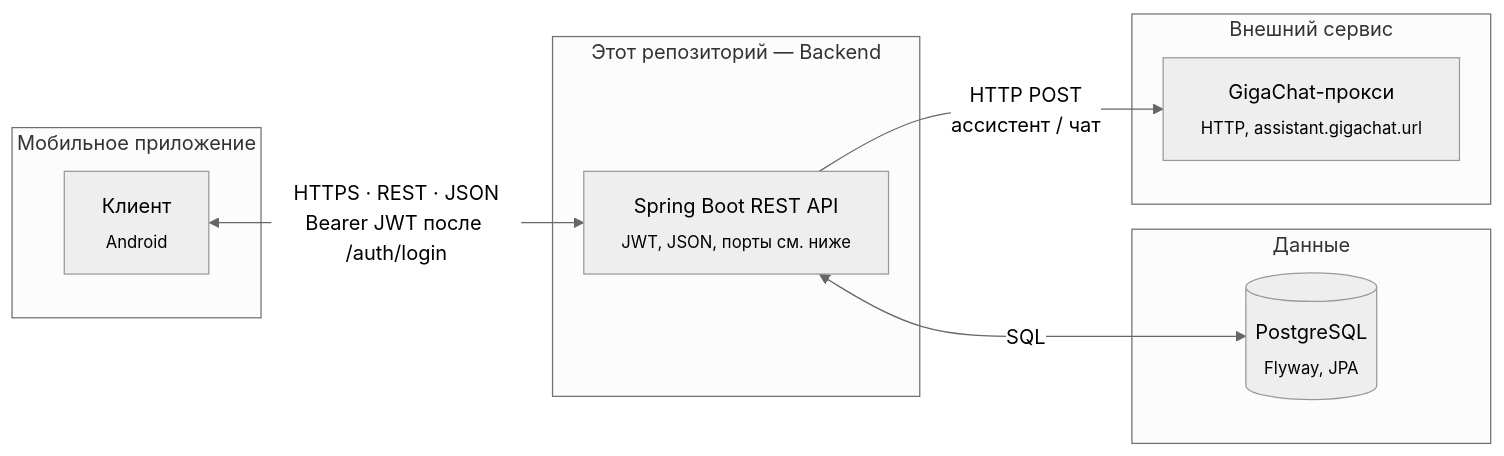
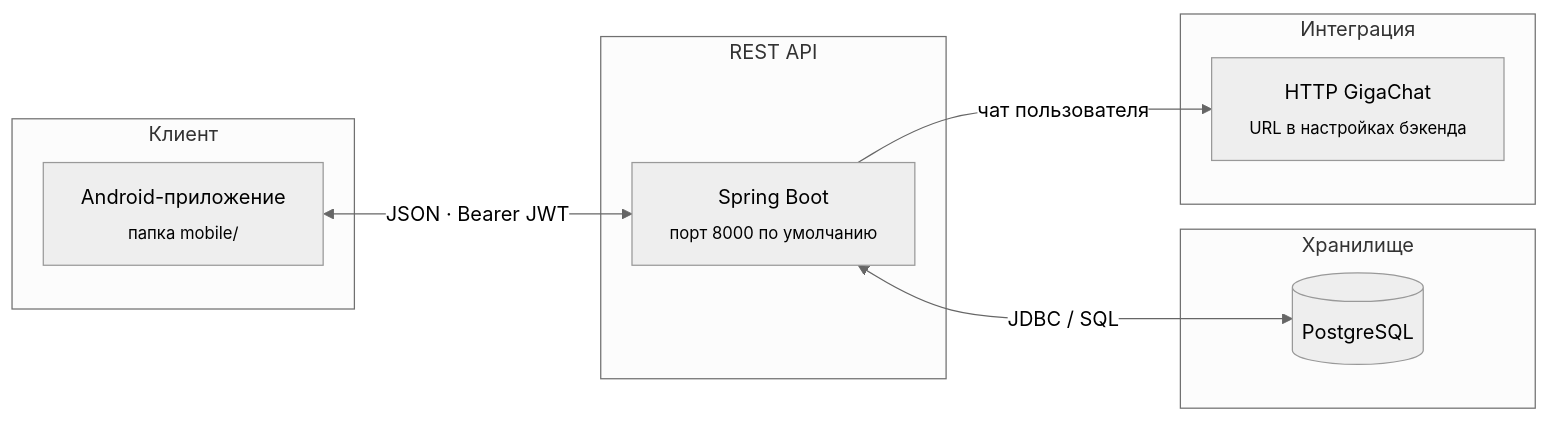
Before and after one commit to MCtext043/SMART_WALLET: the diagram in README.md, drawn with Mermaid (neutral theme). The commit also changed other lines of this file and 59 other files, not shown here.

````diff
--- a/README.md
+++ b/README.md
@@ -35,22 +31,22 @@
 ```mermaid
 flowchart LR
-  subgraph MOBILE["Мобильное приложение"]
-    APP["Клиент<br/><sub>Android</sub>"]
+  subgraph CLIENT["Клиент"]
+    APP["Android-приложение<br/><sub>папка mobile/</sub>"]
   end
 
-  subgraph SERVER["Этот репозиторий — Backend"]
-    BE["Spring Boot REST API<br/><sub>JWT, JSON, порты см. ниже</sub>"]
+  subgraph API["REST API"]
+    BE["Spring Boot<br/><sub>порт 8000 по умолчанию</sub>"]
   end
 
-  subgraph DATA["Данные"]
-    PG[("PostgreSQL<br/><sub>Flyway, JPA</sub>")]
+  subgraph DATA["Хранилище"]
+    PG[("PostgreSQL")]
   end
 
-  subgraph EXT["Внешний сервис"]
-    GIGA["GigaChat-прокси<br/><sub>HTTP, assistant.gigachat.url</sub>"]
+  subgraph EXT["Интеграция"]
+    GX["HTTP GigaChat<br/><sub>URL в настройках бэкенда</sub>"]
   end
 
-  APP <-->|"HTTPS · REST · JSON<br/>Bearer JWT после /auth/login"| BE
-  BE <-->|"SQL"| PG
-  BE -->|"HTTP POST<br/>ассистент / чат"| GIGA
+  APP <-->|"JSON · Bearer JWT"| BE
+  BE <-->|"JDBC / SQL"| PG
+  BE -->|"чат пользователя"| GX
 ```
````
